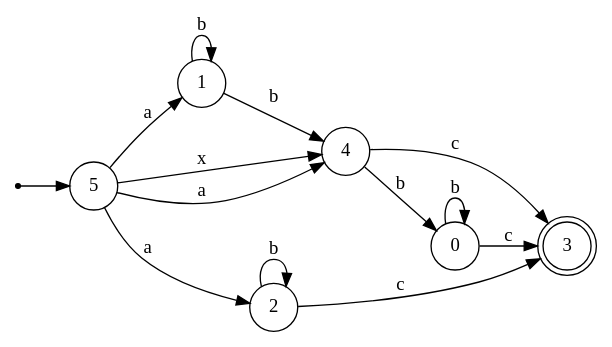
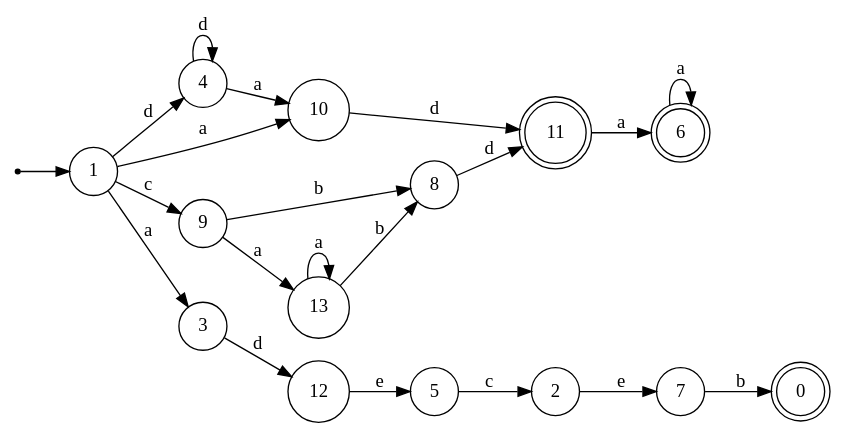
The diagram in minimized/pre1.gv (LeonardoDeFaveri/NFA-minimization), drawn with Graphviz before and after one commit. The commit also changed 12 other files, not shown here.

```diff
--- a/minimized/pre1.gv
+++ b/minimized/pre1.gv
@@ -1,24 +1,39 @@
 digraph {
 	rankdir = LR;
 	size = "30,20";
 	node [shape = point]; "dummy0"
-	node [shape = circle]; "5"
-	"dummy0" -> "5";
-	node [shape = circle]; "0";
+	node [shape = circle]; "1"
+	"dummy0" -> "1";
+	node [shape = circle]; "7";
+	node [shape = circle]; "8";
+	node [shape = circle]; "9";
+	node [shape = circle]; "10";
+	node [shape = doublecircle]; "11";
+	node [shape = doublecircle]; "0";
+	node [shape = circle]; "12";
+	node [shape = circle]; "13";
+	node [shape = circle]; "2";
+	node [shape = circle]; "3";
 	node [shape = circle]; "4";
-	node [shape = circle]; "2";
-	node [shape = circle]; "1";
-	node [shape = doublecircle]; "3";
-	"2" -> "2" [label = "b"];
-	"2" -> "3" [label = "c"];
-	"5" -> "4" [label = "x"];
-	"5" -> "4" [label = "a"];
-	"5" -> "1" [label = "a"];
-	"5" -> "2" [label = "a"];
-	"1" -> "4" [label = "b"];
-	"1" -> "1" [label = "b"];
-	"0" -> "0" [label = "b"];
-	"0" -> "3" [label = "c"];
-	"4" -> "3" [label = "c"];
-	"4" -> "0" [label = "b"];
+	node [shape = doublecircle]; "6";
+	node [shape = circle]; "5";
+	"3" -> "12" [label = "d"];
+	"1" -> "10" [label = "a"];
+	"1" -> "3" [label = "a"];
+	"1" -> "9" [label = "c"];
+	"1" -> "4" [label = "d"];
+	"6" -> "6" [label = "a"];
+	"13" -> "13" [label = "a"];
+	"13" -> "8" [label = "b"];
+	"11" -> "6" [label = "a"];
+	"12" -> "5" [label = "e"];
+	"8" -> "11" [label = "d"];
+	"10" -> "11" [label = "d"];
+	"4" -> "10" [label = "a"];
+	"4" -> "4" [label = "d"];
+	"7" -> "0" [label = "b"];
+	"2" -> "7" [label = "e"];
+	"9" -> "8" [label = "b"];
+	"9" -> "13" [label = "a"];
+	"5" -> "2" [label = "c"];
 }
```
